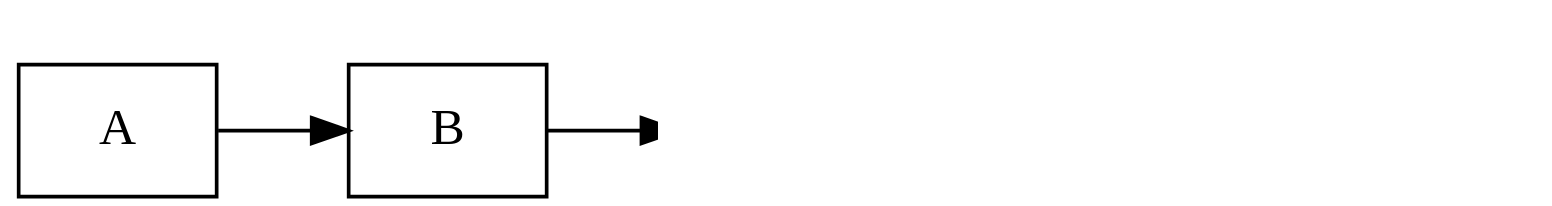
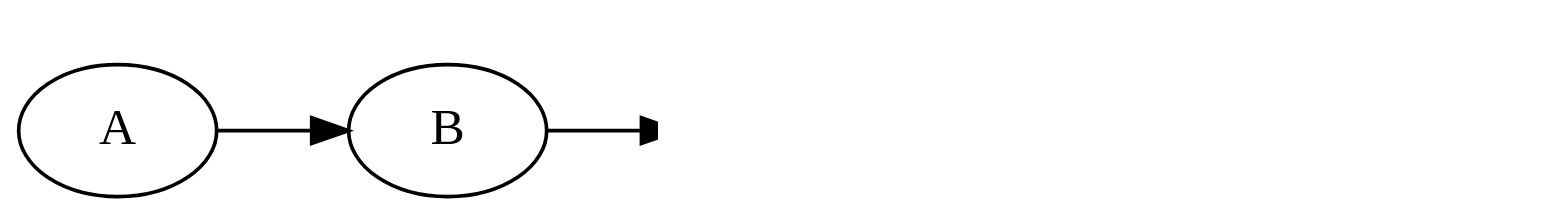
One commit to inponomarev/kstreams-testing-pitfalls changed the ninth of 10 diagrams in slides/src/main/asciidoc/lecture.adoc. Above: the diagram before and after it, drawn with Graphviz. The commit also changed other lines of this file and 2 other files, not shown here.

Commit message:
better diagrams

```diff
--- a/slides/src/main/asciidoc/lecture.adoc
+++ b/slides/src/main/asciidoc/lecture.adoc
@@ -349,21 +358,21 @@
-[graphviz,"wrong-topology2.png"]
+[graphviz,"cache2.png"]
 ----
 digraph G {
 graph [ dpi = 180 ];
 rankdir="LR";
-node[shape=box];
+
 A1[label="A"];
 B1[label="B"];
 
 A1 -> B1 ->Kafka;
 
-Kafka[label="reduce \n (a, b) → <STOP>"]
+Kafka[shape=box,label="reduce \n (a, b) → <STOP>"]
 
 Kafka -> Cache
 
-Cache[label=<<table cellspacing="5" cellborder="0"  border="0">
+Cache[shape=box,label=<<table cellspacing="5" cellborder="0"  border="0">
         <tr><td colspan="2">Cache</td></tr>
         <tr><td>A</td>
         <vr/><td>B</td></tr></table>>]
 }
 ----
```
